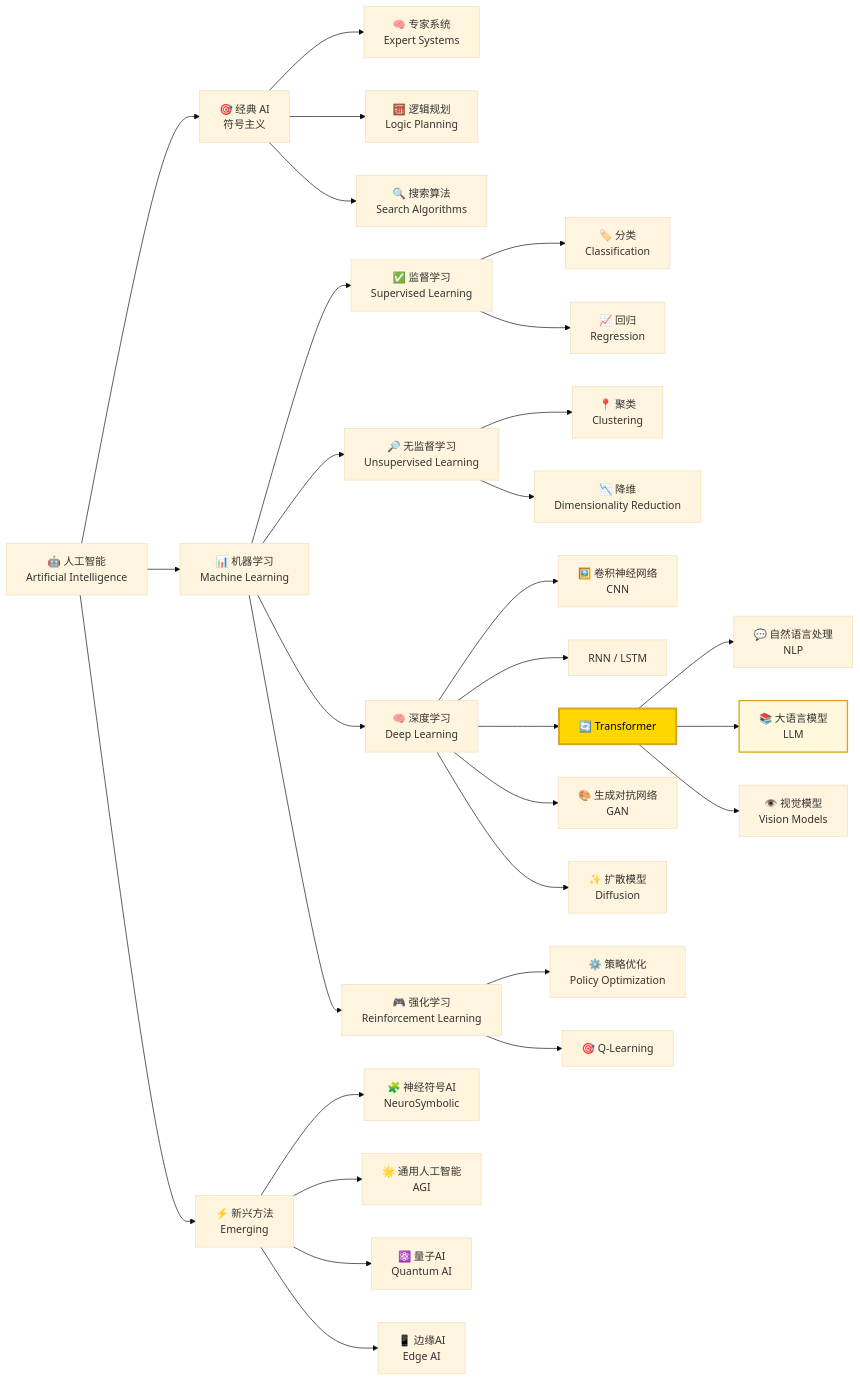
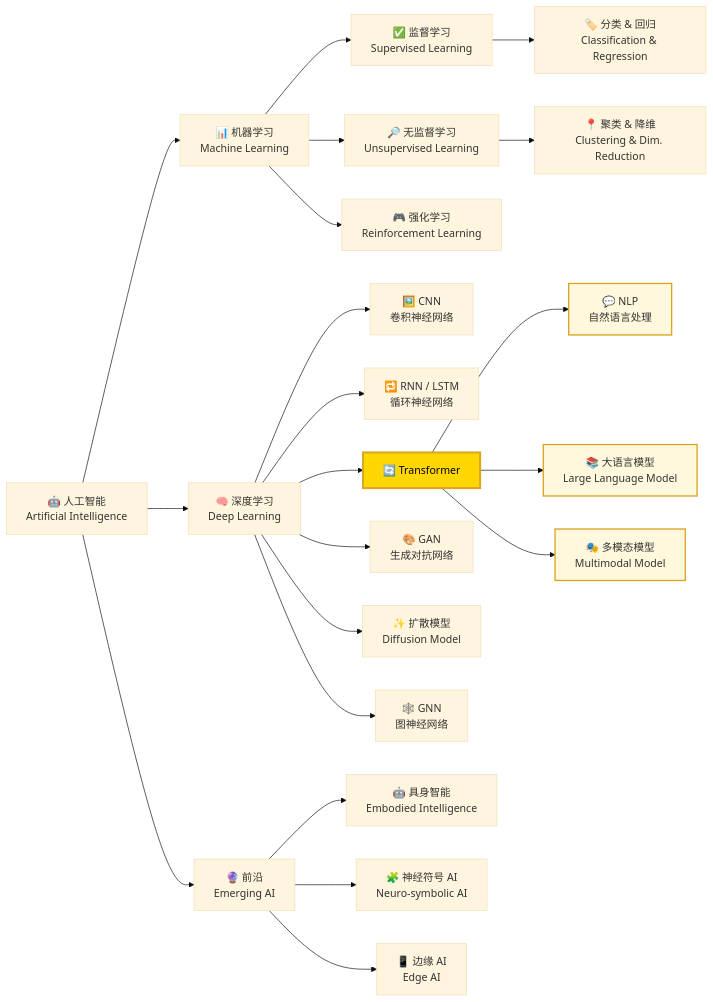
One commit to techunder/posts changed the first of 5 diagrams in content/docs/ai-agent/1-llm.md. Above: the diagram before and after it, drawn with Mermaid (base theme). The commit also changed 1 other file, not shown here.

````diff
--- a/content/docs/ai-agent/1-llm.md
+++ b/content/docs/ai-agent/1-llm.md
@@ -23,45 +23,38 @@
 ```mermaid
 graph LR
     AI[🤖 人工智能<br>Artificial Intelligence]
 
-    AI --> Classical[🎯 经典 AI<br>符号主义]
+    %% 技术分支
     AI --> ML[📊 机器学习<br>Machine Learning]
-    AI --> Emerging[⚡ 新兴方法<br>Emerging]
-
-    Classical --> ExpertSystems[🧠 专家系统<br>Expert Systems]
-    Classical --> Logic[🧮 逻辑规划<br>Logic Planning]
-    Classical --> Search[🔍 搜索算法<br>Search Algorithms]
+    AI --> DL[🧠 深度学习<br>Deep Learning]
 
     ML --> Supervised[✅ 监督学习<br>Supervised Learning]
     ML --> Unsupervised[🔎 无监督学习<br>Unsupervised Learning]
     ML --> RL[🎮 强化学习<br>Reinforcement Learning]
-    ML --> DL[🧠 深度学习<br>Deep Learning]
 
-    Supervised --> Classification[🏷️ 分类<br>Classification]
-    Supervised --> Regression[📈 回归<br>Regression]
+    Supervised --> ClassReg[🏷️ 分类 & 回归<br>Classification & Regression]
+    Unsupervised --> ClusterDim[📍 聚类 & 降维<br>Clustering & Dim. Reduction]
 
-    Unsupervised --> Clustering[📍 聚类<br>Clustering]
-    Unsupervised --> DimReduce[📉 降维<br>Dimensionality Reduction]
+    DL --> CNN[🖼️ CNN<br>卷积神经网络]
+    DL --> RNN[🔁 RNN / LSTM<br>循环神经网络]
+    DL --> Trans[🔄 Transformer]
+    DL --> GAN[🎨 GAN<br>生成对抗网络]
+    DL --> Diffusion[✨ 扩散模型<br>Diffusion Model]
+    DL --> GNN[🕸️ GNN<br>图神经网络]
 
-    DL --> CNN[🖼️ 卷积神经网络<br>CNN]
-    DL --> RNN[ RNN / LSTM]
-    DL --> Transformer[🔄 Transformer]
-    DL --> GAN[🎨 生成对抗网络<br>GAN]
-    DL --> Diffusion[✨ 扩散模型<br>Diffusion]
+    Trans --> NLP[💬 NLP<br>自然语言处理]
+    Trans --> LLM[📚 大语言模型<br>Large Language Model]
+    Trans --> Multimodal[🎭 多模态模型<br>Multimodal Model]
 
-    Transformer --> NLP[💬 自然语言处理<br>NLP]
-    Transformer --> LLM[📚 大语言模型<br>LLM]
-    Transformer --> Vision[👁️ 视觉模型<br>Vision Models]
+    %% 前沿方向
+    AI --> Emerging[🔮 前沿<br>Emerging AI]
+    Emerging --> Embodied[🤖 具身智能<br>Embodied Intelligence]
+    Emerging --> NeuroSymbolic[🧩 神经符号 AI<br>Neuro-symbolic AI]
+    Emerging --> EdgeAI[📱 边缘 AI<br>Edge AI]
 
-    RL --> PolicyOpt[⚙️ 策略优化<br>Policy Optimization]
-    RL --> Q-Learning[🎯 Q-Learning]
-
-    Emerging --> NeuroSymbolic[🧩 神经符号AI<br>NeuroSymbolic]
-    Emerging --> AGI[🌟 通用人工智能<br>AGI]
-    Emerging --> Quantum[⚛️ 量子AI<br>Quantum AI]
-    Emerging --> EdgeAI[📱 边缘AI<br>Edge AI]
-
-    %% 高亮 Transformer
-    style Transformer fill:#FFD700,stroke:#DAA520,stroke-width:3px,color:#000
+    %% 样式
+    style Trans fill:#FFD700,stroke:#DAA520,stroke-width:3px,color:#000
+    style NLP fill:#FFF8DC,stroke:#DAA520,stroke-width:2px
     style LLM fill:#FFF8DC,stroke:#DAA520,stroke-width:2px
+    style Multimodal fill:#FFF8DC,stroke:#DAA520,stroke-width:2px
 ```
````
